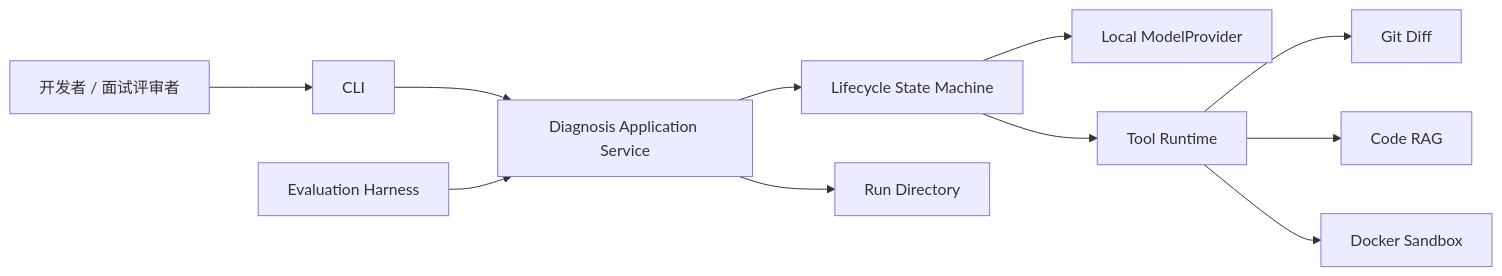
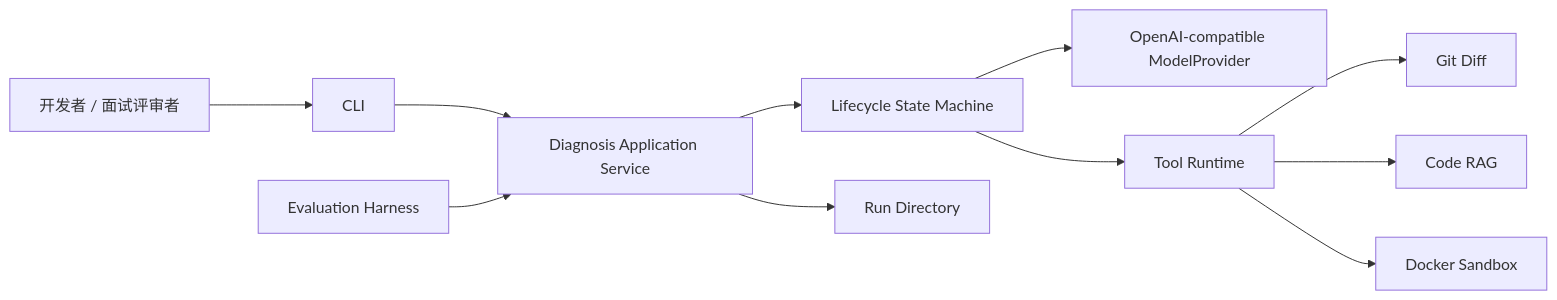
Before and after one commit to N1rv2na/CodeRCA-agent: the first of 2 diagrams in docs/design.md, drawn with Mermaid. The commit also changed other lines of this file and 17 other files, not shown here.

Commit message:
docs: adopt configurable OpenAI-compatible model API

````diff
--- a/docs/design.md
+++ b/docs/design.md
@@ -95,13 +95,13 @@
 ```mermaid
 flowchart LR
     User[开发者 / 面试评审者] --> CLI[CLI]
     CLI --> App[Diagnosis Application Service]
     Eval[Evaluation Harness] --> App
     App --> Agent[Lifecycle State Machine]
-    Agent --> Model[Local ModelProvider]
+    Agent --> Model[OpenAI-compatible ModelProvider]
     Agent --> Runtime[Tool Runtime]
     Runtime --> Diff[Git Diff]
     Runtime --> Retrieval[Code RAG]
     Runtime --> Sandbox[Docker Sandbox]
     App --> Runs[Run Directory]
 ```
````
